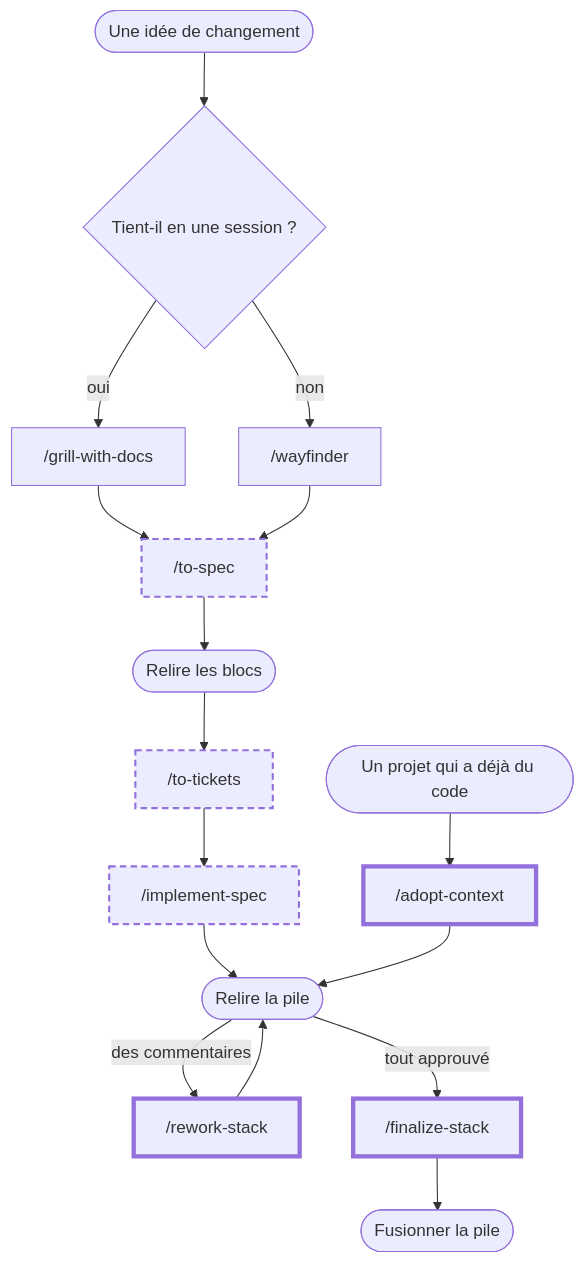
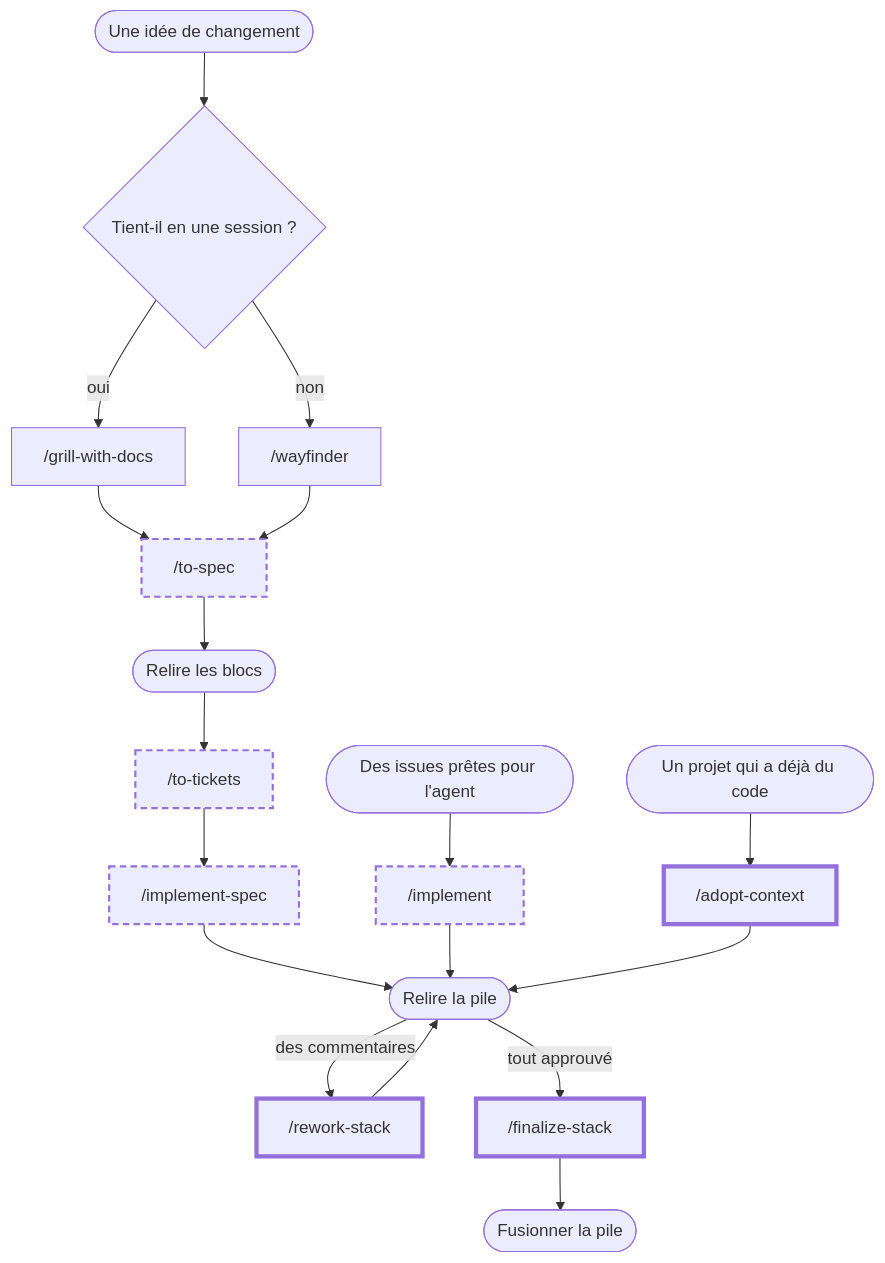
The diagram in README.md (charlouze/charlouze-skills), drawn with Mermaid before and after one commit. The commit also changed other lines of this file and 6 other files, not shown here.

First line of the commit message:
Livre plusieurs tickets nommés à /implement en une pile, dans l'ordre qu'il déduit

````diff
--- a/README.md
+++ b/README.md
@@ -7,23 +7,25 @@
 ```mermaid
 flowchart TD
     idee(["Une idée de changement"]) --> taille{"Tient-il en une session ?"}
     taille -- oui --> grill["/grill-with-docs"]
     taille -- non --> wayfinder["/wayfinder"]
     grill --> spec["/to-spec"]
     wayfinder --> spec
     spec --> blocs(["Relire les blocs"])
     blocs --> tickets["/to-tickets"]
     tickets --> enchainement["/implement-spec"]
     enchainement --> relecture(["Relire la pile"])
+    issues(["Des issues prêtes pour l'agent"]) --> implement["/implement"]
+    implement --> relecture
     existant(["Un projet qui a déjà du code"]) --> adoption["/adopt-context"]
     adoption --> relecture
     relecture -- "des commentaires" --> reprise["/rework-stack"]
     reprise --> relecture
     relecture -- "tout approuvé" --> finalisation["/finalize-stack"]
     finalisation --> fusion(["Fusionner la pile"])
 
     classDef completee stroke-dasharray:6 4,stroke-width:2px
     classDef ajoutee stroke-width:4px
-    class spec,tickets,enchainement completee
+    class spec,tickets,enchainement,implement completee
     class adoption,reprise,finalisation ajoutee
 ```
````
